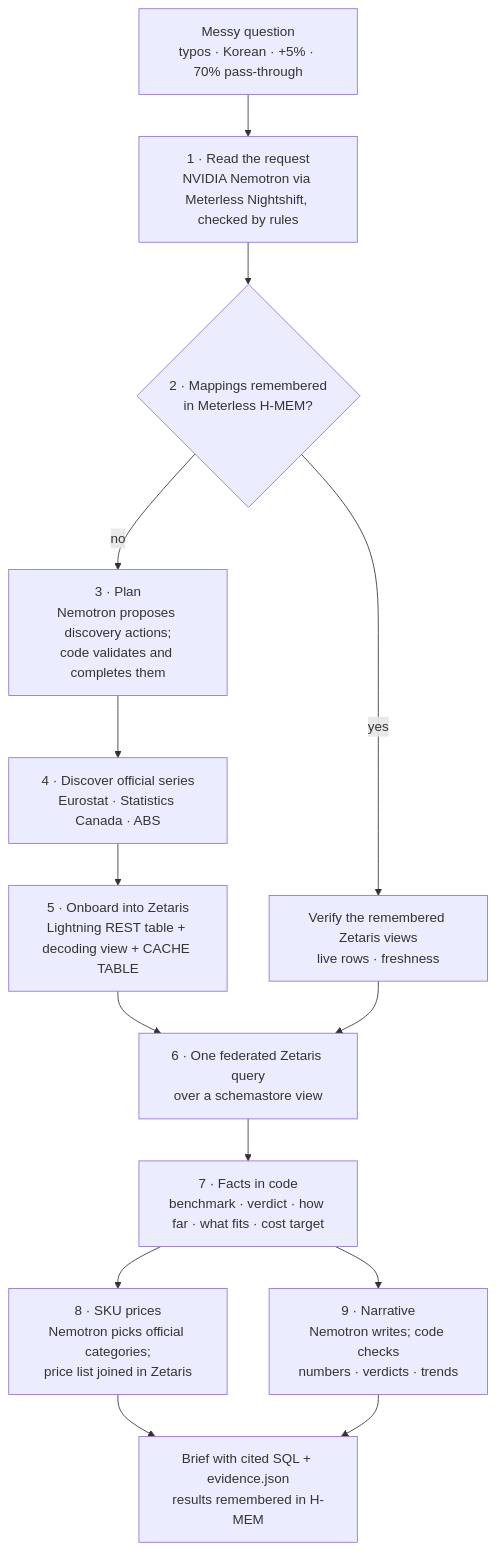
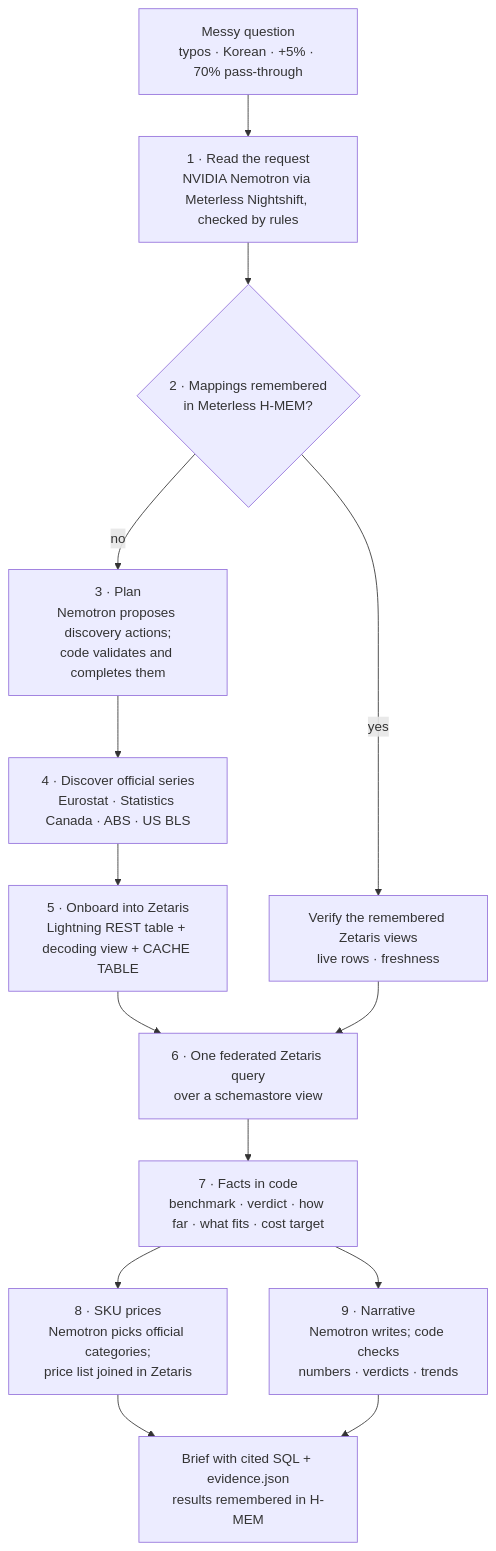
One commit to rose050505/pricesignal changed the diagram in README.md. Above: the diagram before and after it, drawn with Mermaid. The commit also changed other lines of this file and 20 other files, not shown here.

````diff
--- a/README.md
+++ b/README.md
@@ -97,16 +97,16 @@
 ```mermaid
 flowchart TB
   Q["Messy question<br/>typos · Korean · +5% · 70% pass-through"] --> P["1 · Read the request<br/>NVIDIA Nemotron via Meterless Nightshift, checked by rules"]
   P --> M{"2 · Mappings remembered<br/>in Meterless H-MEM?"}
   M -- no --> PL["3 · Plan<br/>Nemotron proposes discovery actions;<br/>code validates and completes them"]
-  PL --> D["4 · Discover official series<br/>Eurostat · Statistics Canada · ABS"]
+  PL --> D["4 · Discover official series<br/>Eurostat · Statistics Canada · ABS · US BLS"]
   D --> O["5 · Onboard into Zetaris<br/>Lightning REST table + decoding view + CACHE TABLE"]
   M -- yes --> V["Verify the remembered Zetaris views<br/>live rows · freshness"]
   O --> C["6 · One federated Zetaris query<br/>over a schemastore view"]
   V --> C
   C --> F["7 · Facts in code<br/>benchmark · verdict · how far · what fits · cost target"]
   F --> S["8 · SKU prices<br/>Nemotron picks official categories;<br/>price list joined in Zetaris"]
   F --> N["9 · Narrative<br/>Nemotron writes; code checks<br/>numbers · verdicts · trends"]
   S --> B["Brief with cited SQL + evidence.json<br/>results remembered in H-MEM"]
   N --> B
 ```
````
